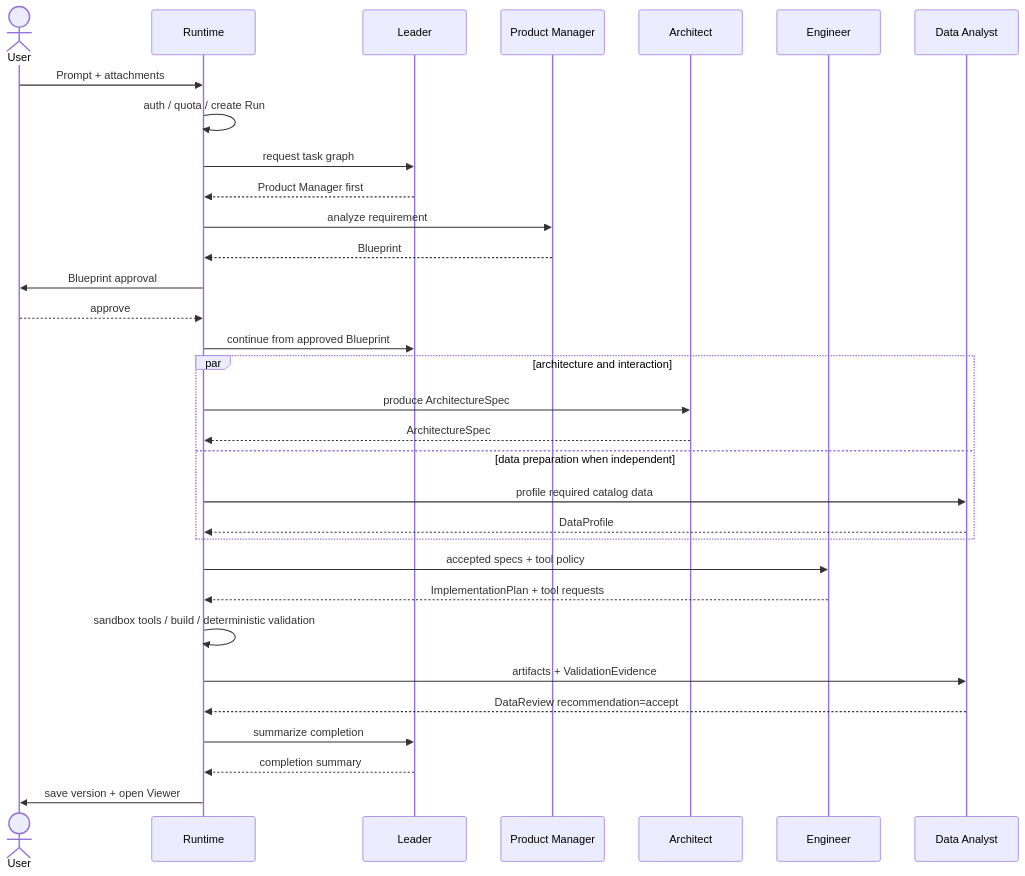
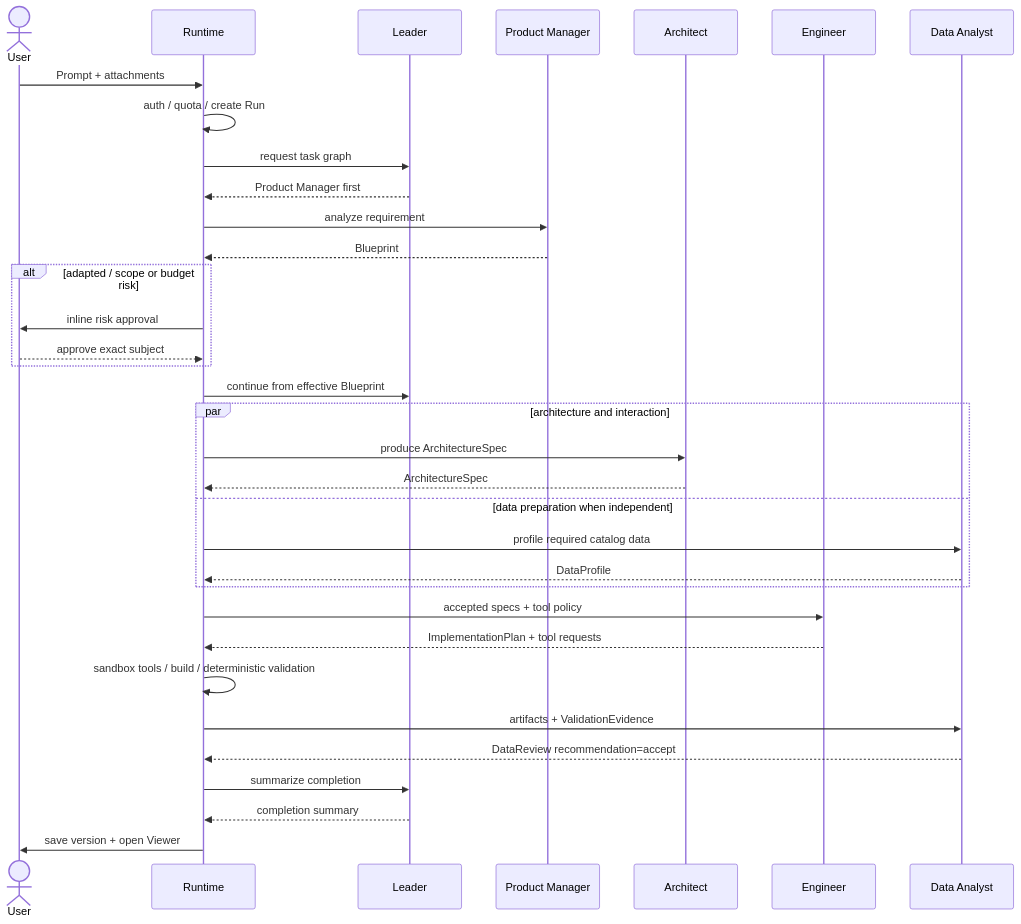
Before and after one commit to eastonsuo/another-atom: the diagram in docs/v2/agent-design.md, drawn with Mermaid. The commit also changed other lines of this file and 8 other files, not shown here.

````diff
--- a/docs/v2/agent-design.md
+++ b/docs/v2/agent-design.md
@@ -305,35 +305,37 @@
 ```mermaid
 sequenceDiagram
     actor User
     participant Runtime
     participant Leader
     participant PM as Product Manager
     participant Architect
     participant Engineer
     participant Data Analyst
 
     User->>Runtime: Prompt + attachments
     Runtime->>Runtime: auth / quota / create Run
     Runtime->>Leader: request task graph
     Leader-->>Runtime: Product Manager first
     Runtime->>PM: analyze requirement
     PM-->>Runtime: Blueprint
-    Runtime->>User: Blueprint approval
-    User-->>Runtime: approve
-    Runtime->>Leader: continue from approved Blueprint
+    alt adapted / scope or budget risk
+        Runtime->>User: inline risk approval
+        User-->>Runtime: approve exact subject
+    end
+    Runtime->>Leader: continue from effective Blueprint
     par architecture and interaction
         Runtime->>Architect: produce ArchitectureSpec
         Architect-->>Runtime: ArchitectureSpec
     and data preparation when independent
         Runtime->>Data Analyst: profile required catalog data
         Data Analyst-->>Runtime: DataProfile
     end
     Runtime->>Engineer: accepted specs + tool policy
     Engineer-->>Runtime: ImplementationPlan + tool requests
     Runtime->>Runtime: sandbox tools / build / deterministic validation
     Runtime->>Data Analyst: artifacts + ValidationEvidence
     Data Analyst-->>Runtime: DataReview recommendation=accept
     Runtime->>Leader: summarize completion
     Leader-->>Runtime: completion summary
     Runtime->>User: save version + open Viewer
 ```
````
